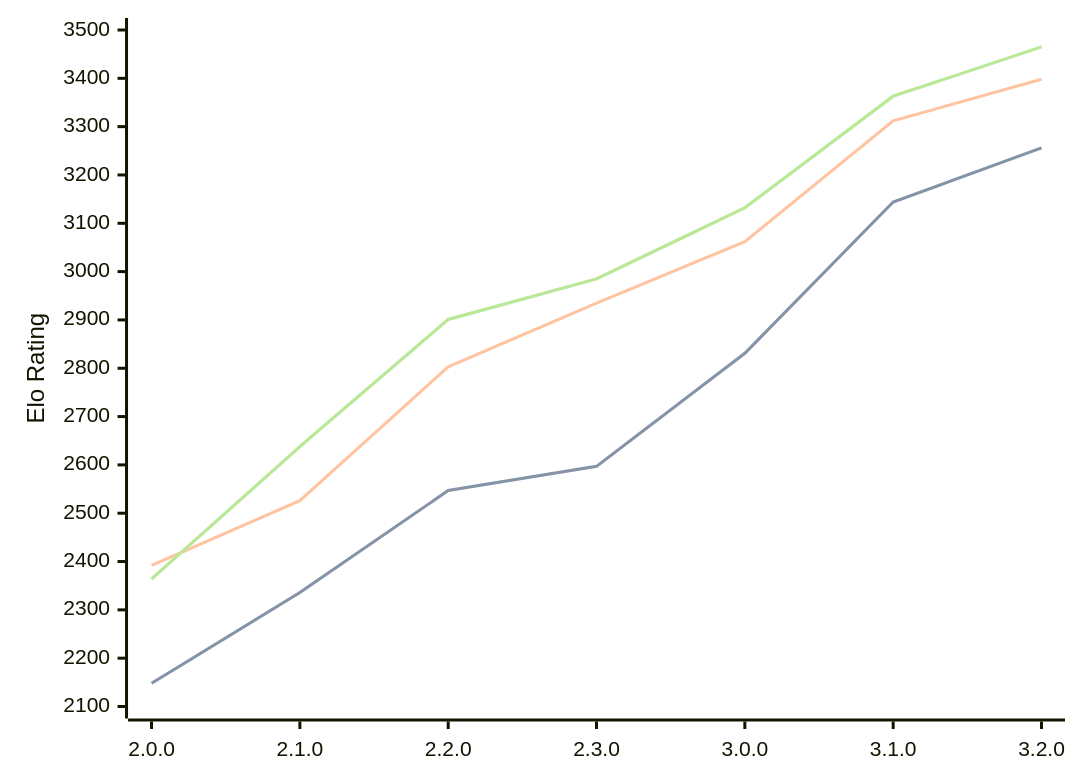
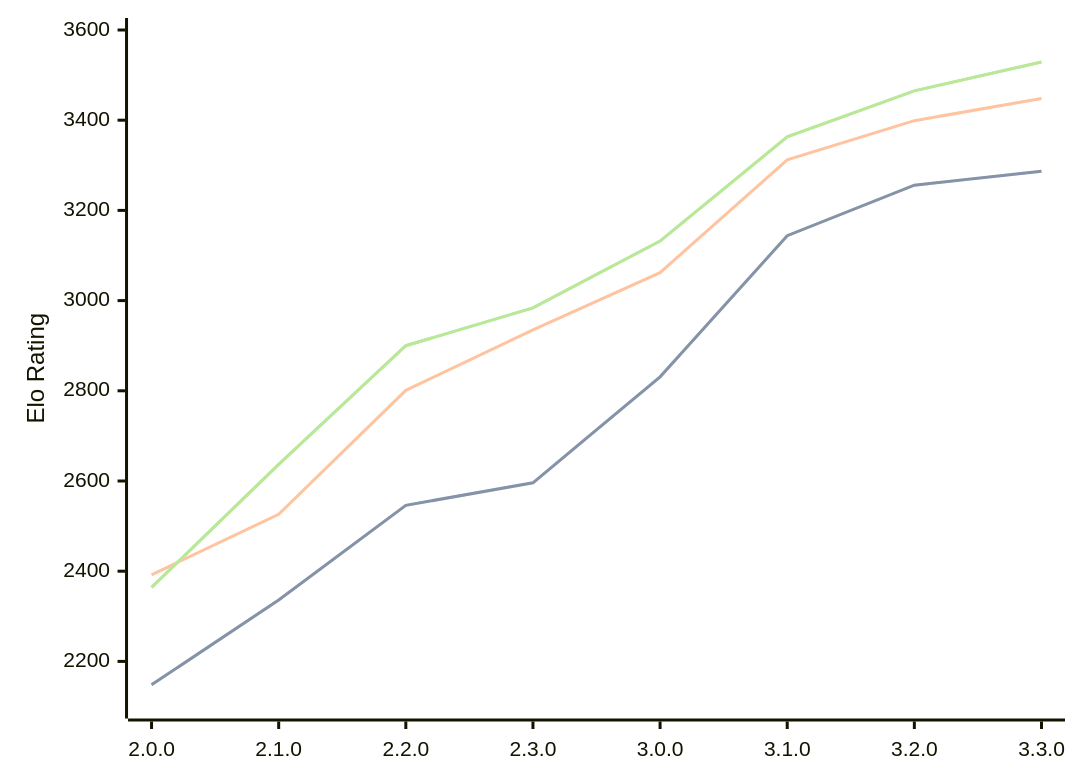
Before and after one commit to computer-chess-index/cci: the diagram in engines/Raphael.md, drawn with Mermaid. The commit also changed other lines of this file, not shown here.

Commit message:
Update CCI Ratings (ELO VLTC) - 2026-04-07

````diff
--- a/engines/Raphael.md
+++ b/engines/Raphael.md
@@ -50,11 +50,11 @@
 ```mermaid
 %%{init: {"theme":"base","themeVariables":{"seriesColors:['#a3a3a3','#222221','#faa371']}}}%%
 xychart-beta
-  x-axis ["2.0.0", "2.1.0", "2.2.0", "2.3.0", "3.0.0", "3.1.0", "3.2.0"]
-  y-axis "Elo Rating" 2100 --> 3500
-  line "STC (8.0+0.08s)" [2148, 2336, 2547, 2597, 2831, 3144, 3256]
-  line "STC (8.0+0.08s)" [2148, 2336, 2547, 2597, 2831, 3144, 3256]
-  line "LTC (60.0+0.60s)" [2392, 2526, 2803, 2935, 3062, 3312, 3398]
-  line "VLTC (2m24s+1.12s)" [2364, 2638, 2901, 2985, 3132, 3363, 3465]
-  line "VLTC (2m24s+1.12s)" [2364, 2638, 2901, 2985, 3132, 3363, 3465]
+  x-axis ["2.0.0", "2.1.0", "2.2.0", "2.3.0", "3.0.0", "3.1.0", "3.2.0", "3.3.0"]
+  y-axis "Elo Rating" 2100 --> 3600
+  line "STC (8.0+0.08s)" [2148, 2336, 2546, 2596, 2831, 3144, 3256, 3287]
+  line "STC (8.0+0.08s)" [2148, 2336, 2546, 2596, 2831, 3144, 3256, 3287]
+  line "LTC (60.0+0.60s)" [2392, 2526, 2801, 2935, 3062, 3312, 3399, 3448]
+  line "VLTC (2m24s+1.12s)" [2364, 2637, 2900, 2984, 3132, 3363, 3465, 3529]
+  line "VLTC (2m24s+1.12s)" [2364, 2637, 2900, 2984, 3132, 3363, 3465, 3529]
 ```
````
